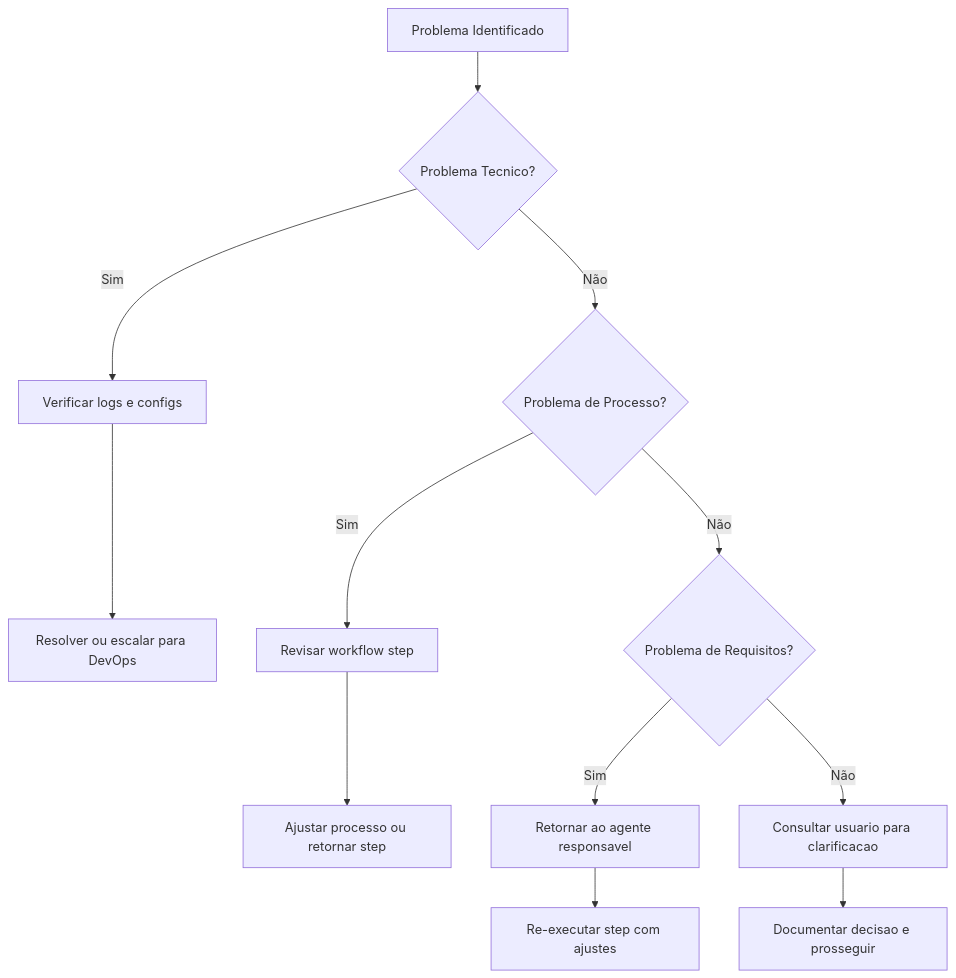
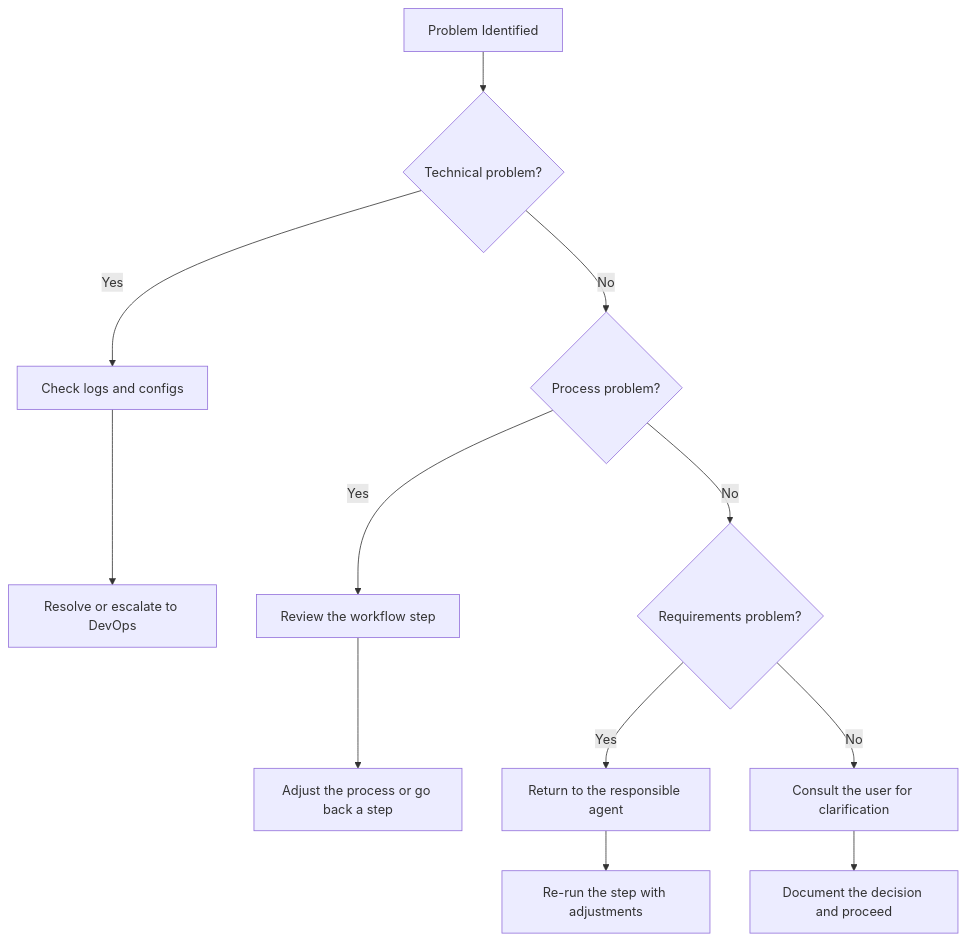
One commit to CyryxLabs/AEXOS changed the sixth of 6 diagrams in docs/aexos-workflows/greenfield-ui-workflow.md. Above: the diagram before and after it, drawn with Mermaid. The commit also changed other lines of this file and 528 other files, not shown here.

````diff
--- a/docs/aexos-workflows/greenfield-ui-workflow.md
+++ b/docs/aexos-workflows/greenfield-ui-workflow.md
@@ -845,19 +845,19 @@
 ```mermaid
 flowchart TD
-    P[Problema Identificado] --> T1{Problema Tecnico?}
-    T1 -->|Sim| D1[Verificar logs e configs]
-    T1 -->|Não| T2{Problema de Processo?}
+    P[Problem Identified] --> T1{Technical problem?}
+    T1 -->|Yes| D1[Check logs and configs]
+    T1 -->|No| T2{Process problem?}
 
-    D1 --> R1[Resolver ou escalar para DevOps]
+    D1 --> R1[Resolve or escalate to DevOps]
 
-    T2 -->|Sim| D2[Revisar workflow step]
-    T2 -->|Não| T3{Problema de Requisitos?}
+    T2 -->|Yes| D2[Review the workflow step]
+    T2 -->|No| T3{Requirements problem?}
 
-    D2 --> R2[Ajustar processo ou retornar step]
+    D2 --> R2[Adjust the process or go back a step]
 
-    T3 -->|Sim| D3[Retornar ao agente responsavel]
-    T3 -->|Não| D4[Consultar usuario para clarificacao]
+    T3 -->|Yes| D3[Return to the responsible agent]
+    T3 -->|No| D4[Consult the user for clarification]
 
-    D3 --> R3[Re-executar step com ajustes]
-    D4 --> R4[Documentar decisao e prosseguir]
+    D3 --> R3[Re-run the step with adjustments]
+    D4 --> R4[Document the decision and proceed]
 ```
````
